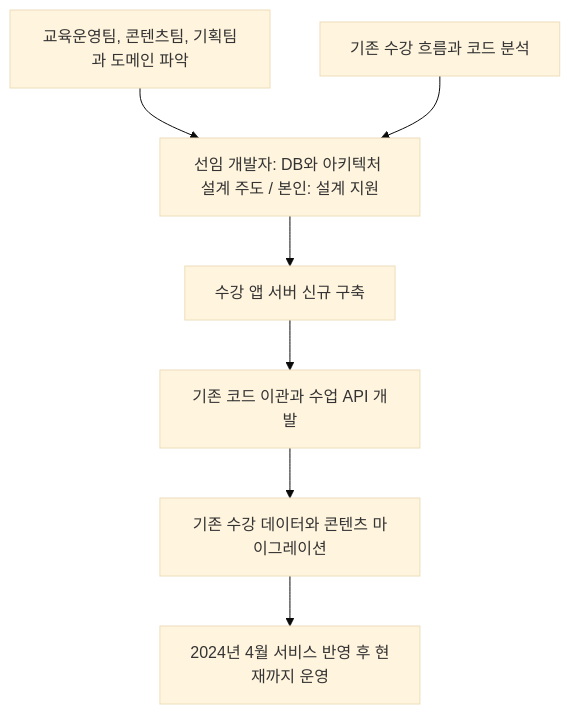
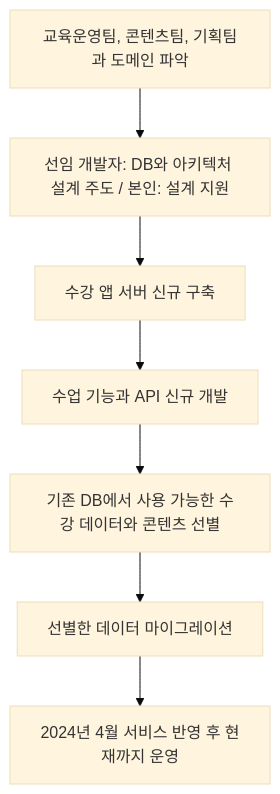
Before and after one commit to KimHG1995/work-history: the diagram in projects/education-services/class-app-server.md, drawn with Mermaid (base theme). The commit also changed other lines of this file and 3 other files, not shown here.

````diff
--- a/projects/education-services/class-app-server.md
+++ b/projects/education-services/class-app-server.md
@@ -39,9 +38,9 @@
 ```mermaid
 flowchart TD
     domain["교육운영팀, 콘텐츠팀, 기획팀과 도메인 파악"] --> architecture["선임 개발자: DB와 아키텍처 설계 주도 / 본인: 설계 지원"]
-    analyze["기존 수강 흐름과 코드 분석"] --> architecture
     architecture --> server["수강 앱 서버 신규 구축"]
-    server --> code["기존 코드 이관과 수업 API 개발"]
-    code --> migrate["기존 수강 데이터와 콘텐츠 마이그레이션"]
+    server --> api["수업 기능과 API 신규 개발"]
+    api --> select["기존 DB에서 사용 가능한 수강 데이터와 콘텐츠 선별"]
+    select --> migrate["선별한 데이터 마이그레이션"]
     migrate --> operation["2024년 4월 서비스 반영 후 현재까지 운영"]
 ```
````
